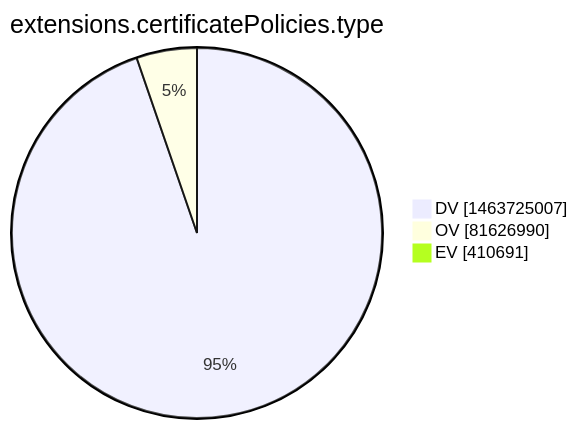
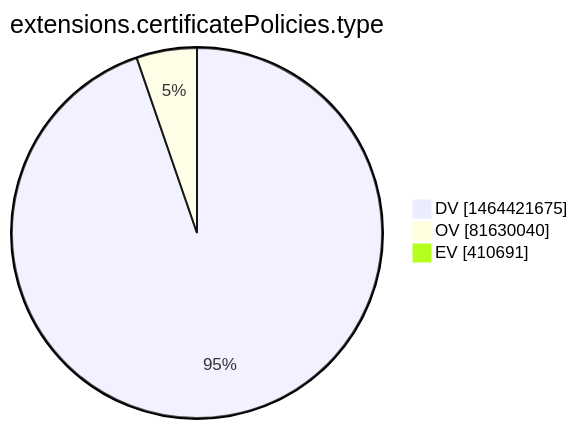
Before and after one commit to christiankrug/ctmonitor_visualization: the tenth of 15 diagrams in xenon2022/README.md, drawn with Mermaid. The commit also changed other lines of this file, not shown here.

````diff
--- a/xenon2022/README.md
+++ b/xenon2022/README.md
@@ -2870,7 +2870,7 @@
 ```mermaid
 pie showData
 title extensions.certificatePolicies.type
-"DV" :1463725007
-"OV" :81626990
+"DV" :1464421675
+"OV" :81630040
 "EV" :410691
 ```
````
